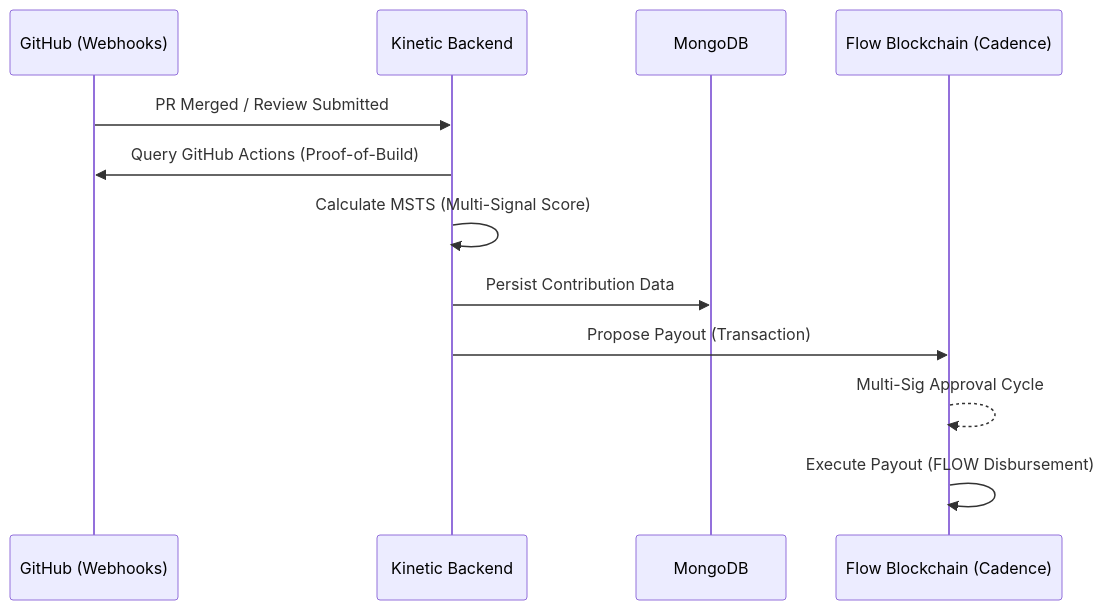
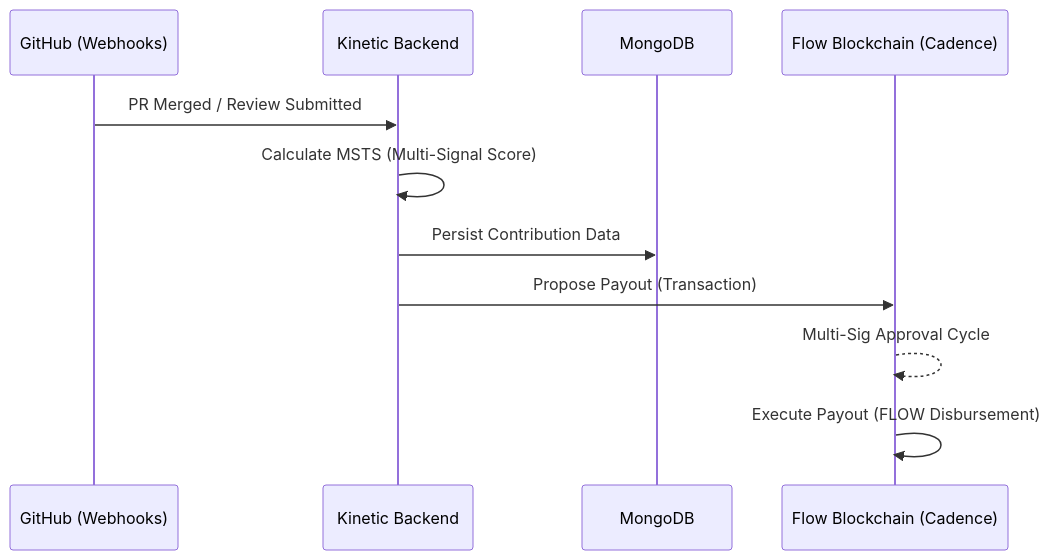
Before and after one commit to namish18/Kinetic: the first of 2 diagrams in readme.md, drawn with Mermaid. The commit also changed other lines of this file and 1 other file, not shown here.

````diff
--- a/readme.md
+++ b/readme.md
@@ -45,15 +44,14 @@
 ```mermaid
 sequenceDiagram
     participant GH as GitHub (Webhooks)
     participant KB as Kinetic Backend
     participant DB as MongoDB
     participant BC as Flow Blockchain (Cadence)
 
     GH->>KB: PR Merged / Review Submitted
-    KB->>GH: Query GitHub Actions (Proof-of-Build)
     KB->>KB: Calculate MSTS (Multi-Signal Score)
     KB->>DB: Persist Contribution Data
     KB->>BC: Propose Payout (Transaction)
     BC-->>BC: Multi-Sig Approval Cycle
     BC->>BC: Execute Payout (FLOW Disbursement)
 ```
````
